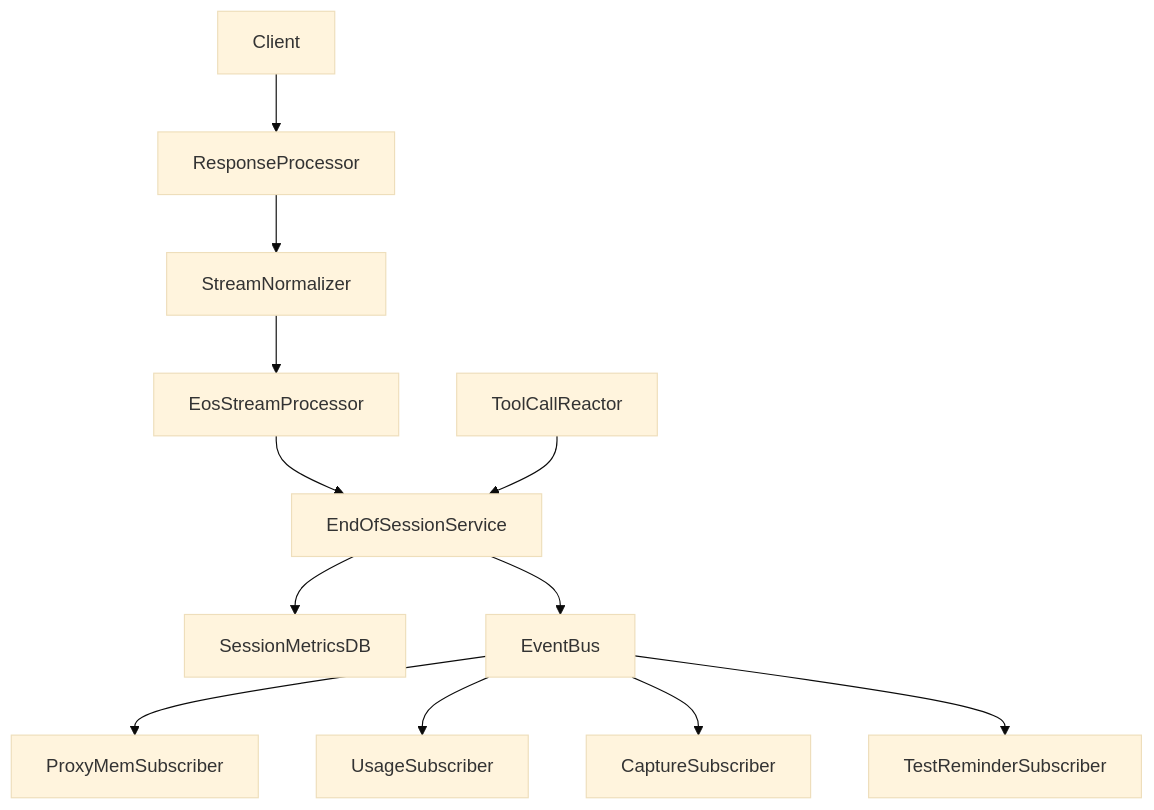
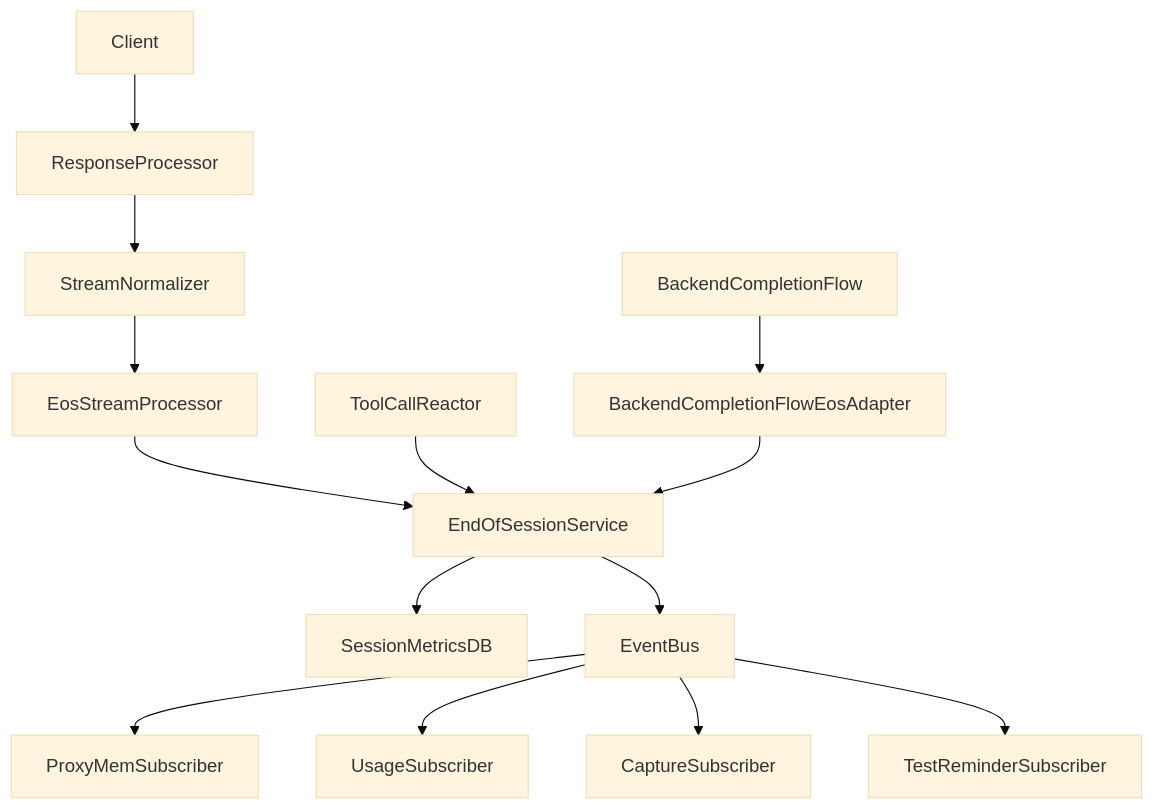
The first of 2 diagrams in .kiro/specs/end-of-session-events/design.md (matdev83/llm-interactive-proxy), drawn with Mermaid (base theme) before and after one commit. The commit also changed other lines of this file and 3 other files, not shown here.

````diff
--- a/.kiro/specs/end-of-session-events/design.md
+++ b/.kiro/specs/end-of-session-events/design.md
@@ -40,14 +42,16 @@
 ```mermaid
 graph TB
     Client --> ResponseProcessor
     ResponseProcessor --> StreamNormalizer
     StreamNormalizer --> EosStreamProcessor
     EosStreamProcessor --> EndOfSessionService
     ToolCallReactor --> EndOfSessionService
+    BackendCompletionFlow --> BackendCompletionFlowEosAdapter
+    BackendCompletionFlowEosAdapter --> EndOfSessionService
     EndOfSessionService --> SessionMetricsDB
     EndOfSessionService --> EventBus
     EventBus --> ProxyMemSubscriber
     EventBus --> UsageSubscriber
     EventBus --> CaptureSubscriber
     EventBus --> TestReminderSubscriber
 ```
````
